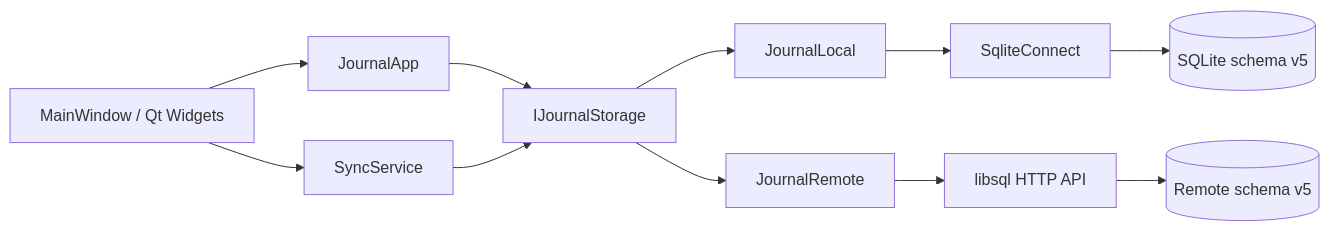
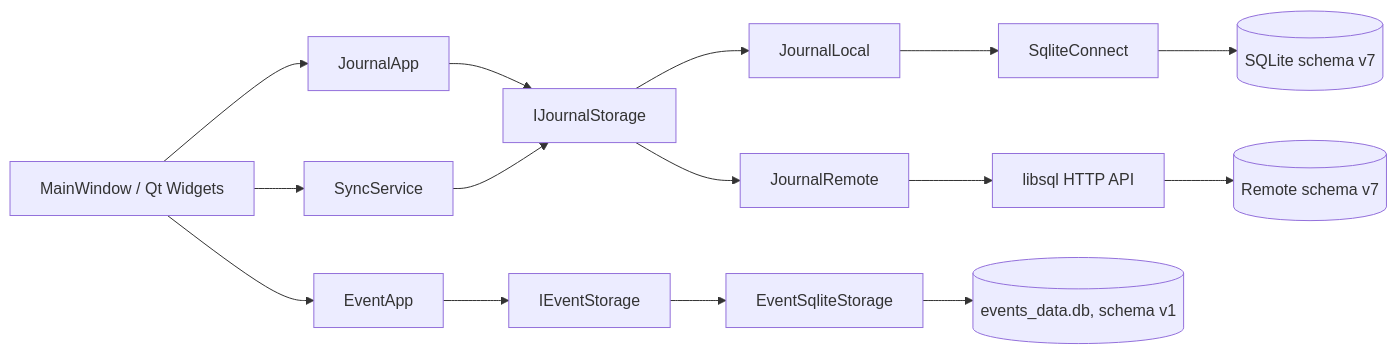
The diagram in doc/arch.md (Satkhar/journal_app), drawn with Mermaid before and after one commit. The commit also changed other lines of this file and 3 other files, not shown here.

````diff
--- a/doc/arch.md
+++ b/doc/arch.md
@@ -5,13 +5,17 @@
 ```mermaid
 flowchart LR
   UI[MainWindow / Qt Widgets] --> APP[JournalApp]
   APP --> ST[IJournalStorage]
   ST --> LOCAL[JournalLocal]
   ST --> REMOTE[JournalRemote]
   LOCAL --> SQLITE[SqliteConnect]
-  SQLITE --> LDB[(SQLite schema v5)]
+  SQLITE --> LDB[(SQLite schema v7)]
   REMOTE --> API[libsql HTTP API]
-  API --> RDB[(Remote schema v5)]
+  API --> RDB[(Remote schema v7)]
   UI --> SYNC[SyncService]
   SYNC --> ST
+  UI --> EAPP[EventApp]
+  EAPP --> EST[IEventStorage]
+  EST --> ESQL[EventSqliteStorage]
+  ESQL --> EDB[(events_data.db, schema v1)]
 ```
````
